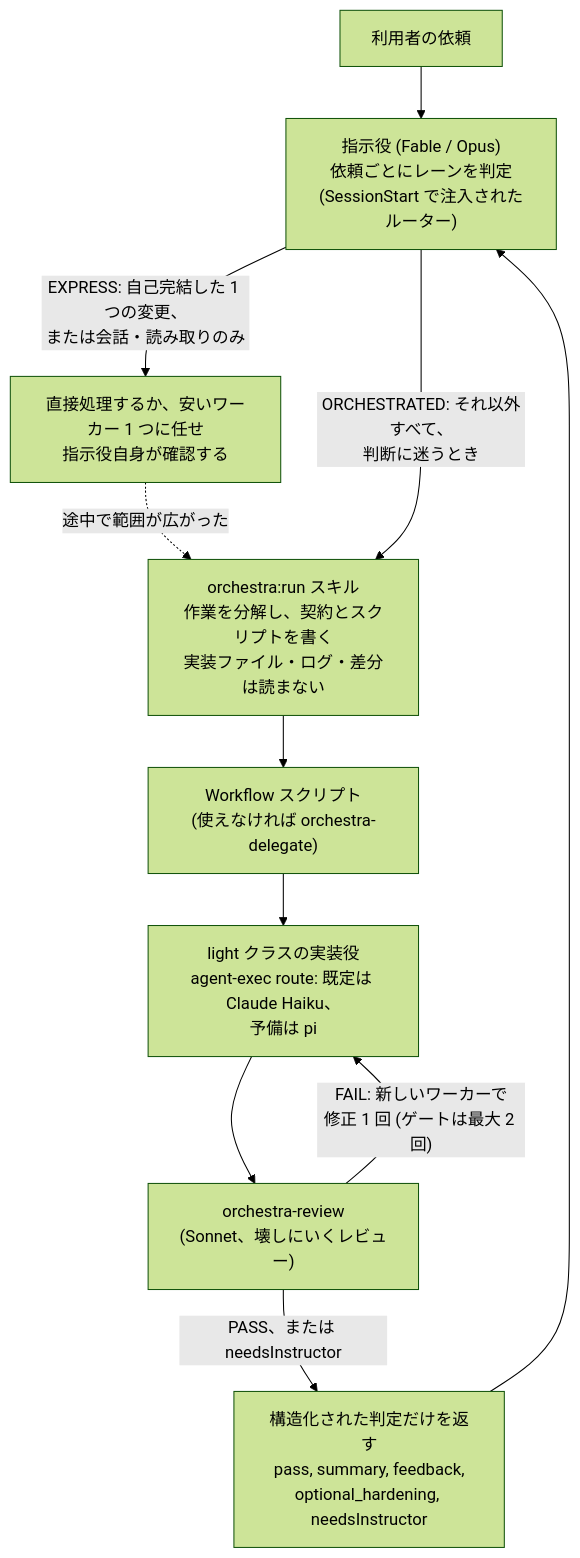
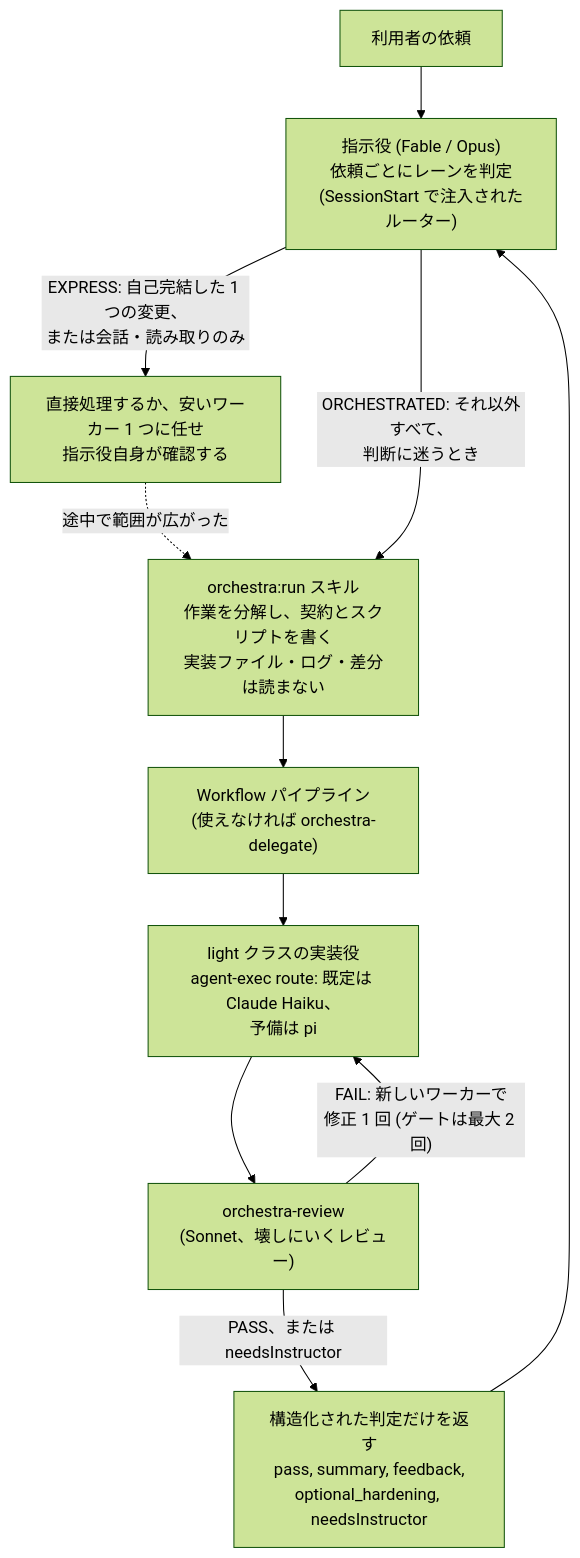
The diagram in plugins/orchestra/README.ja.md (yacchi/claude-plugins), drawn with Mermaid (forest theme) before and after one commit. The commit also changed other lines of this file and 12 other files, not shown here.

````diff
--- a/plugins/orchestra/README.ja.md
+++ b/plugins/orchestra/README.ja.md
@@ -13,13 +13,13 @@
 ```mermaid
 flowchart TD
     U["利用者の依頼"] --> I["指示役 (Fable / Opus)<br/>依頼ごとにレーンを判定<br/>(SessionStart で注入されたルーター)"]
     I -->|"EXPRESS: 自己完結した 1 つの変更、<br/>または会話・読み取りのみ"| E["直接処理するか、安いワーカー 1 つに任せ<br/>指示役自身が確認する"]
     E -.->|"途中で範囲が広がった"| O
     I -->|"ORCHESTRATED: それ以外すべて、<br/>判断に迷うとき"| O["orchestra:run スキル<br/>作業を分解し、契約とスクリプトを書く<br/>実装ファイル・ログ・差分は読まない"]
-    O --> W["Workflow スクリプト<br/>(使えなければ orchestra-delegate)"]
+    O --> W["Workflow パイプライン<br/>(使えなければ orchestra-delegate)"]
     W --> L["light クラスの実装役<br/>agent-exec route: 既定は Claude Haiku、<br/>予備は pi"]
     L --> R["orchestra-review<br/>(Sonnet、壊しにいくレビュー)"]
     R -->|"FAIL: 新しいワーカーで<br/>修正 1 回 (ゲートは最大 2 回)"| L
     R -->|"PASS、または needsInstructor"| V["構造化された判定だけを返す<br/>pass, summary, feedback,<br/>optional_hardening, needsInstructor"]
     V --> I
 ```
````
